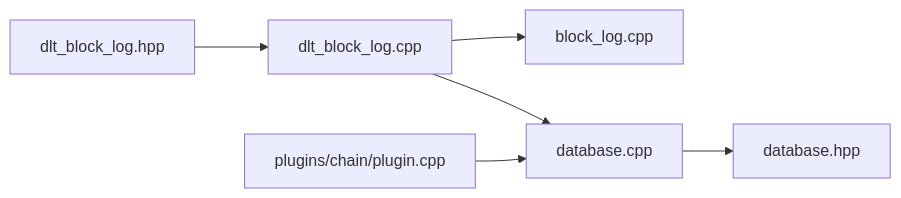
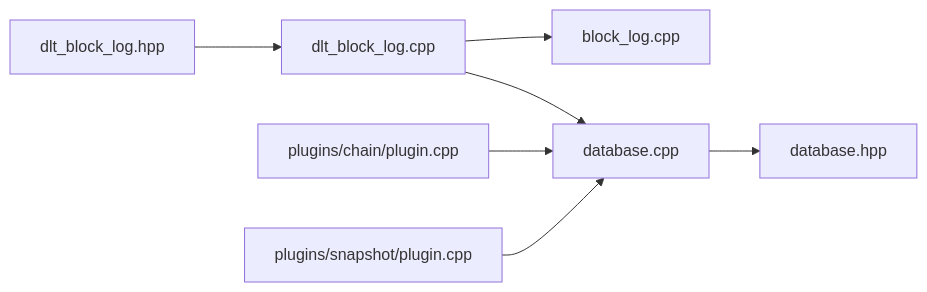
Before and after one commit to VIZ-Blockchain/viz-cpp-node: the eighth of 8 diagrams in .qoder/repowiki/en/content/Architecture Overview/Core Libraries/Chain Library/Database Management/DLT Rolling Block Log.md, drawn with Mermaid. The commit also changed other lines of this file and 3 other files, not shown here.

First line of the commit message:
docs(dlt): enhance DLT rolling block log with improved snapshot plugin integration

````diff
--- a/.qoder/repowiki/en/content/Architecture Overview/Core Libraries/Chain Library/Database Management/DLT Rolling Block Log.md
+++ b/.qoder/repowiki/en/content/Architecture Overview/Core Libraries/Chain Library/Database Management/DLT Rolling Block Log.md
@@ -333,8 +360,9 @@
 ```mermaid
 graph LR
 DLT_H["dlt_block_log.hpp"] --> DLT_CPP["dlt_block_log.cpp"]
 DLT_CPP --> BL_CPP["block_log.cpp"]
 DLT_CPP --> DB_CPP["database.cpp"]
 CP_CPP["plugins/chain/plugin.cpp"] --> DB_CPP
+SP_CPP["plugins/snapshot/plugin.cpp"] --> DB_CPP
 DB_CPP --> DH_HPP["database.hpp"]
 ```
````
